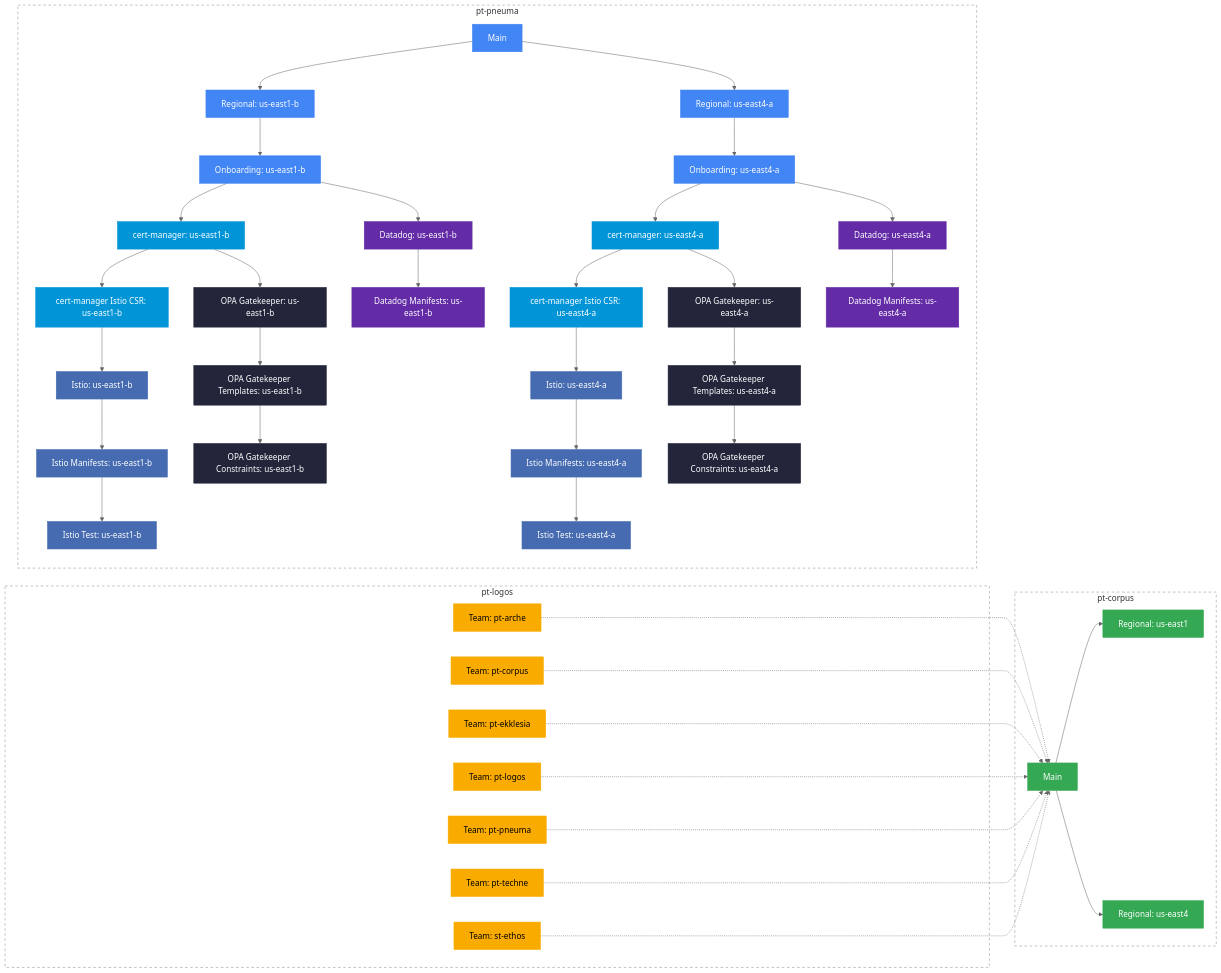
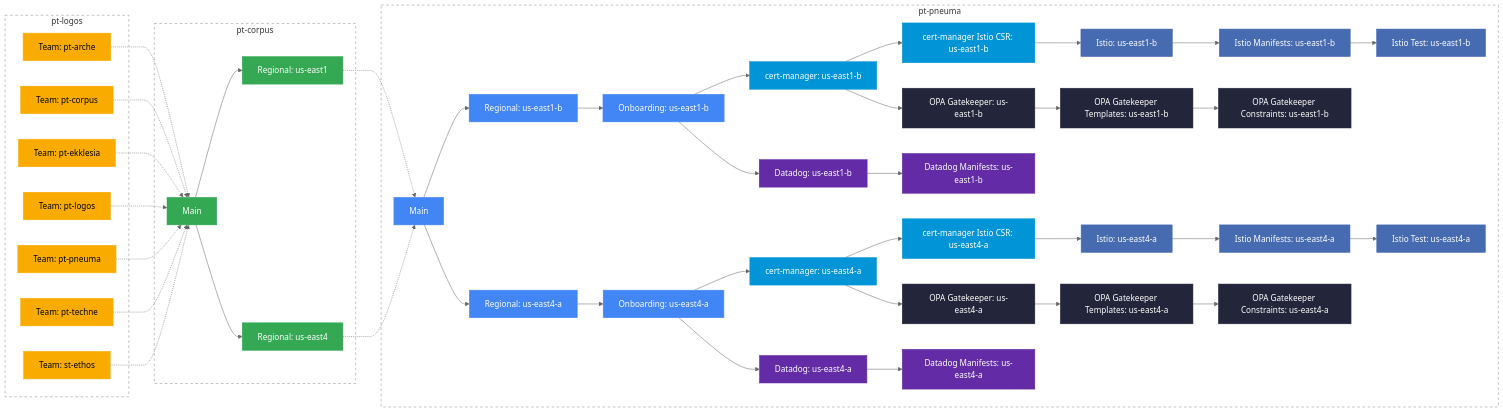
Before and after one commit to osinfra-io/pt-logos: the diagram in README.md, drawn with Mermaid (neutral theme).

Commit message:
Add corpus regional to pneuma main dependency arrows
Show the full chain: logos → corpus main → corpus regional → pneuma main.

````diff
--- a/README.md
+++ b/README.md
@@ -36,70 +36,72 @@
 ```mermaid
 flowchart LR
     classDef logos fill:#F9AB00,stroke:#F9AB00,color:#000
     classDef corpus fill:#34A853,stroke:#34A853,color:#fff
     classDef gke fill:#4285F4,stroke:#4285F4,color:#fff
     classDef certmanager fill:#0195D8,stroke:#0195D8,color:#fff
     classDef istio fill:#466BB0,stroke:#466BB0,color:#fff
     classDef datadog fill:#632CA6,stroke:#632CA6,color:#fff
     classDef opa fill:#23263B,stroke:#23263B,color:#fff
 
     subgraph logos ["pt-logos"]
         logos_arche["Team: pt-arche"]:::logos
         logos_corpus["Team: pt-corpus"]:::logos
         logos_ekklesia["Team: pt-ekklesia"]:::logos
         logos_logos["Team: pt-logos"]:::logos
         logos_pneuma["Team: pt-pneuma"]:::logos
         logos_techne["Team: pt-techne"]:::logos
         logos_ethos["Team: st-ethos"]:::logos
     end
 
     subgraph corpus ["pt-corpus"]
         corpus_main["Main"]:::corpus
         corpus_us_east1["Regional: us-east1"]:::corpus
         corpus_us_east4["Regional: us-east4"]:::corpus
         corpus_main --> corpus_us_east1
         corpus_main --> corpus_us_east4
     end
 
     subgraph pneuma ["pt-pneuma"]
         pneuma_main["Main"]:::gke
 
         pneuma_main --> z1_regional["Regional: us-east1-b"]:::gke
         z1_regional --> z1_onboarding["Onboarding: us-east1-b"]:::gke
         z1_onboarding --> z1_cert_manager["cert-manager: us-east1-b"]:::certmanager
         z1_onboarding --> z1_datadog["Datadog: us-east1-b"]:::datadog
         z1_cert_manager --> z1_cert_manager_istio_csr["cert-manager Istio CSR: us-east1-b"]:::certmanager
         z1_cert_manager --> z1_opa_gatekeeper["OPA Gatekeeper: us-east1-b"]:::opa
         z1_cert_manager_istio_csr --> z1_istio["Istio: us-east1-b"]:::istio
         z1_istio --> z1_istio_manifests["Istio Manifests: us-east1-b"]:::istio
         z1_istio_manifests --> z1_istio_test["Istio Test: us-east1-b"]:::istio
         z1_datadog --> z1_datadog_manifests["Datadog Manifests: us-east1-b"]:::datadog
         z1_opa_gatekeeper --> z1_opa_templates["OPA Gatekeeper Templates: us-east1-b"]:::opa
         z1_opa_templates --> z1_opa_constraints["OPA Gatekeeper Constraints: us-east1-b"]:::opa
 
         pneuma_main --> z2_regional["Regional: us-east4-a"]:::gke
         z2_regional --> z2_onboarding["Onboarding: us-east4-a"]:::gke
         z2_onboarding --> z2_cert_manager["cert-manager: us-east4-a"]:::certmanager
         z2_onboarding --> z2_datadog["Datadog: us-east4-a"]:::datadog
         z2_cert_manager --> z2_cert_manager_istio_csr["cert-manager Istio CSR: us-east4-a"]:::certmanager
         z2_cert_manager --> z2_opa_gatekeeper["OPA Gatekeeper: us-east4-a"]:::opa
         z2_cert_manager_istio_csr --> z2_istio["Istio: us-east4-a"]:::istio
         z2_istio --> z2_istio_manifests["Istio Manifests: us-east4-a"]:::istio
         z2_istio_manifests --> z2_istio_test["Istio Test: us-east4-a"]:::istio
         z2_datadog --> z2_datadog_manifests["Datadog Manifests: us-east4-a"]:::datadog
         z2_opa_gatekeeper --> z2_opa_templates["OPA Gatekeeper Templates: us-east4-a"]:::opa
         z2_opa_templates --> z2_opa_constraints["OPA Gatekeeper Constraints: us-east4-a"]:::opa
     end
 
     logos_arche -.-> corpus_main
     logos_corpus -.-> corpus_main
     logos_ekklesia -.-> corpus_main
     logos_logos -.-> corpus_main
     logos_pneuma -.-> corpus_main
     logos_techne -.-> corpus_main
     logos_ethos -.-> corpus_main
+    corpus_us_east1 -.-> pneuma_main
+    corpus_us_east4 -.-> pneuma_main
 
     style logos fill:none,stroke:#888,stroke-dasharray: 5 5
     style corpus fill:none,stroke:#888,stroke-dasharray: 5 5
     style pneuma fill:none,stroke:#888,stroke-dasharray: 5 5
 ```
````
